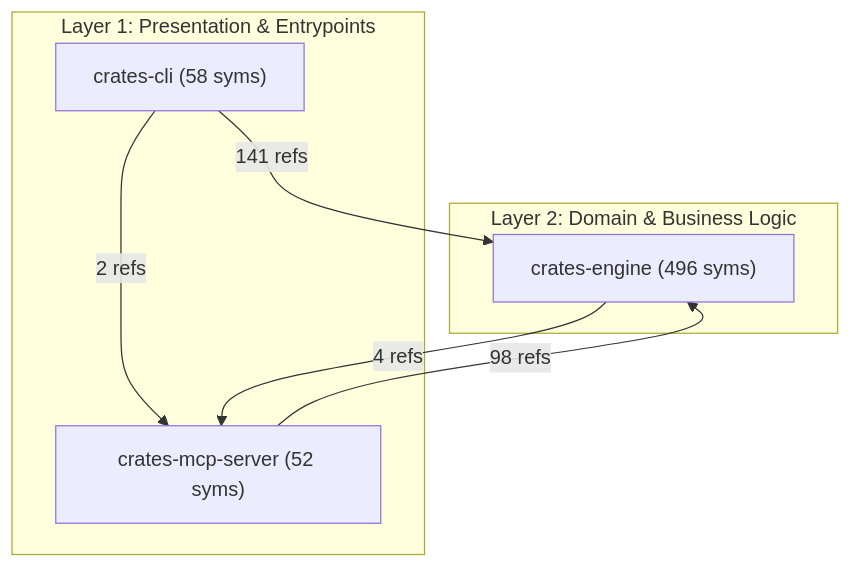
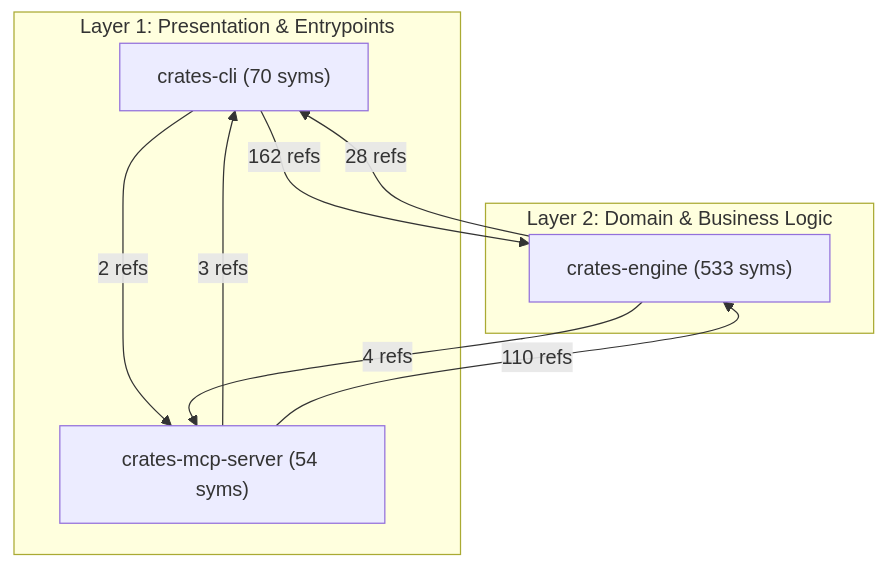
Before and after one commit to MatinBodaghi/repotrim: the diagram in docs/ARCHITECTURE.md, drawn with Mermaid. The commit also changed other lines of this file and 11 other files, not shown here.

````diff
--- a/docs/ARCHITECTURE.md
+++ b/docs/ARCHITECTURE.md
@@ -21,16 +21,18 @@
 ```mermaid
 flowchart TD
     subgraph Presentation["Layer 1: Presentation & Entrypoints"]
-        subsys_crates_cli["crates-cli (58 syms)"]
-        subsys_crates_mcp_server["crates-mcp-server (52 syms)"]
+        subsys_crates_cli["crates-cli (70 syms)"]
+        subsys_crates_mcp_server["crates-mcp-server (54 syms)"]
     end
 
     subgraph Domain["Layer 2: Domain & Business Logic"]
-        subsys_crates_engine["crates-engine (496 syms)"]
+        subsys_crates_engine["crates-engine (533 syms)"]
     end
 
-    subsys_crates_cli -->|"141 refs"| subsys_crates_engine
+    subsys_crates_cli -->|"162 refs"| subsys_crates_engine
     subsys_crates_cli -->|"2 refs"| subsys_crates_mcp_server
-    subsys_crates_mcp_server -->|"98 refs"| subsys_crates_engine
+    subsys_crates_mcp_server -->|"3 refs"| subsys_crates_cli
+    subsys_crates_mcp_server -->|"110 refs"| subsys_crates_engine
+    subsys_crates_engine -->|"28 refs"| subsys_crates_cli
     subsys_crates_engine -->|"4 refs"| subsys_crates_mcp_server
 ```
````
